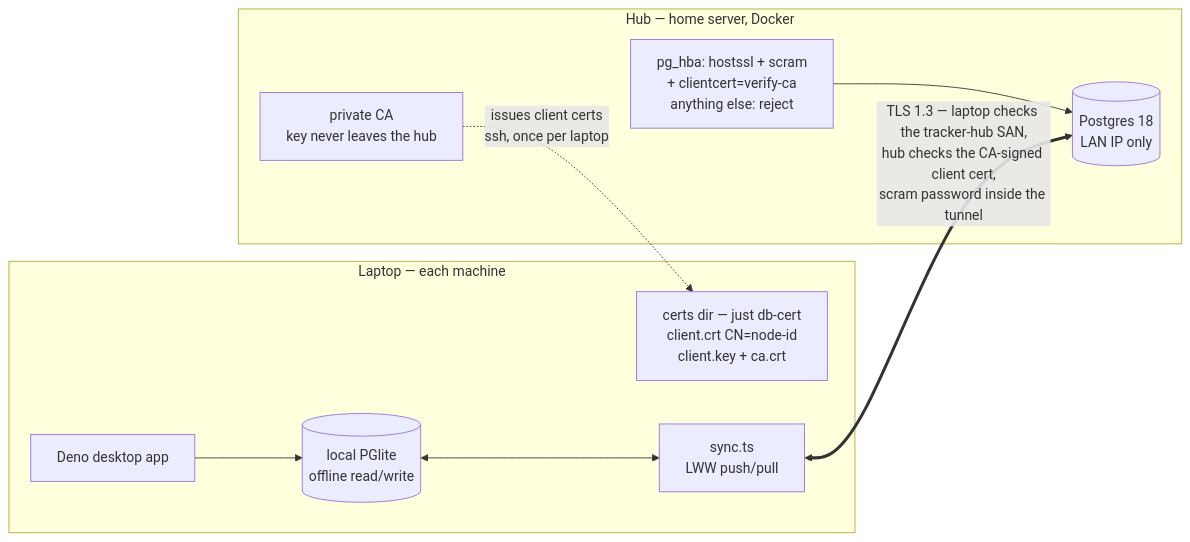
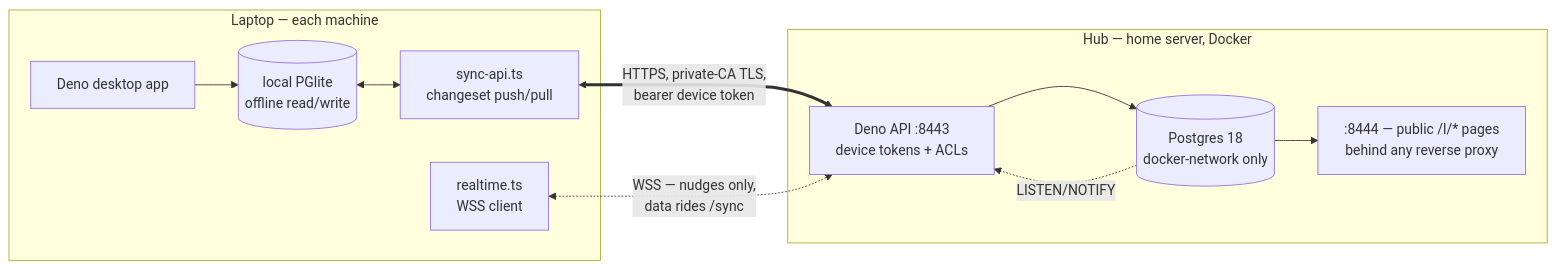
Before and after one commit to Andarius/trame: the diagram in README.md, drawn with Mermaid. The commit also changed other lines of this file, not shown here.

Commit message:
docs: README reflects the API-era sync (changesets, tokens, WSS) — drop legacy direct-PG

````diff
--- a/README.md
+++ b/README.md
@@ -229,14 +245,16 @@
 ```mermaid
 flowchart LR
     subgraph laptop [Laptop — each machine]
         app[Deno desktop app] --> pgl[(local PGlite<br/>offline read/write)]
-        pgl <--> sync[sync.ts<br/>LWW push/pull]
-        certs[certs dir — just db-cert<br/>client.crt CN=node-id<br/>client.key + ca.crt]
+        pgl <--> sync[sync-api.ts<br/>changeset push/pull]
+        rt[realtime.ts<br/>WSS client]
     end
     subgraph hub [Hub — home server, Docker]
-        hba[pg_hba: hostssl + scram<br/>+ clientcert=verify-ca<br/>anything else: reject] --> pg[(Postgres 18<br/>LAN IP only)]
-        ca[private CA<br/>key never leaves the hub]
+        api[Deno API :8443<br/>device tokens + ACLs] --> pg[(Postgres 18<br/>docker-network only)]
+        links[:8444 — public /l/* pages<br/>behind any reverse proxy]
+        pg -. LISTEN/NOTIFY .-> api
+        pg --> links
     end
-    sync <==>|TLS 1.3 — laptop checks the tracker-hub SAN,<br/>hub checks the CA-signed client cert,<br/>scram password inside the tunnel| pg
-    ca -. issues client certs<br/>ssh, once per laptop .-> certs
+    sync <==>|HTTPS, private-CA TLS,<br/>bearer device token| api
+    rt <-.->|WSS — nudges only,<br/>data rides /sync| api
 ```
````
